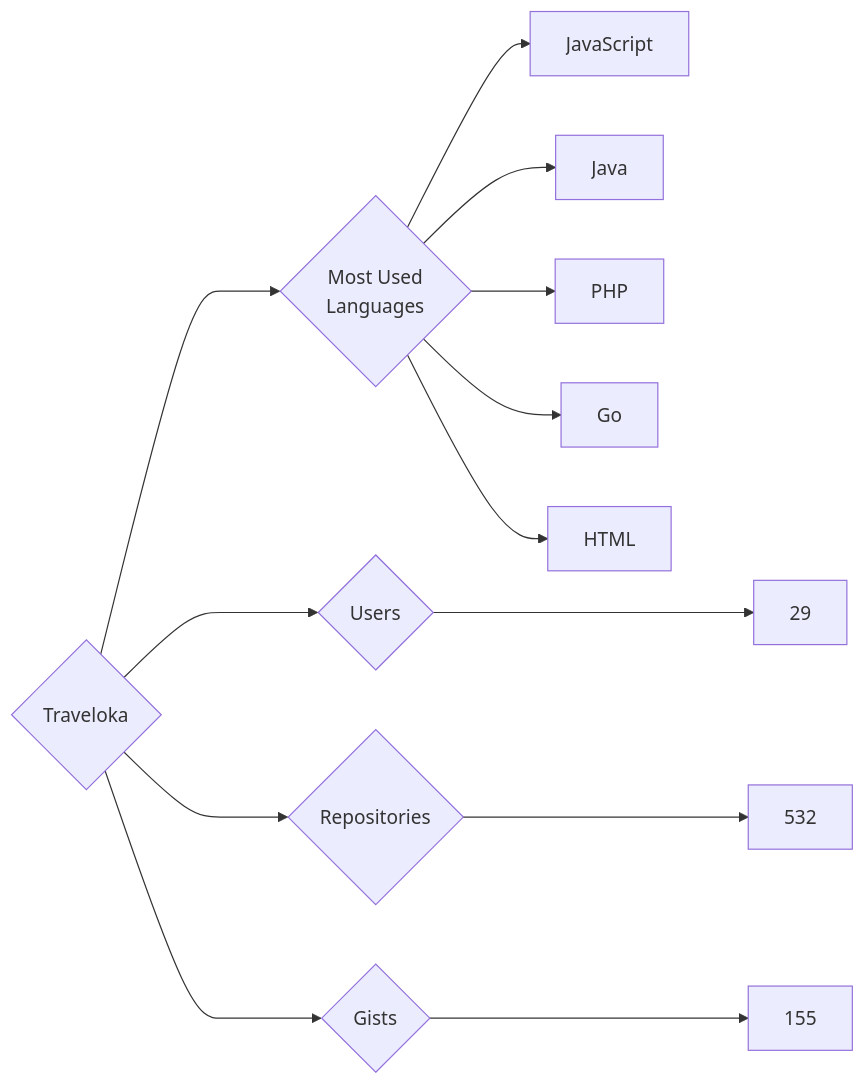
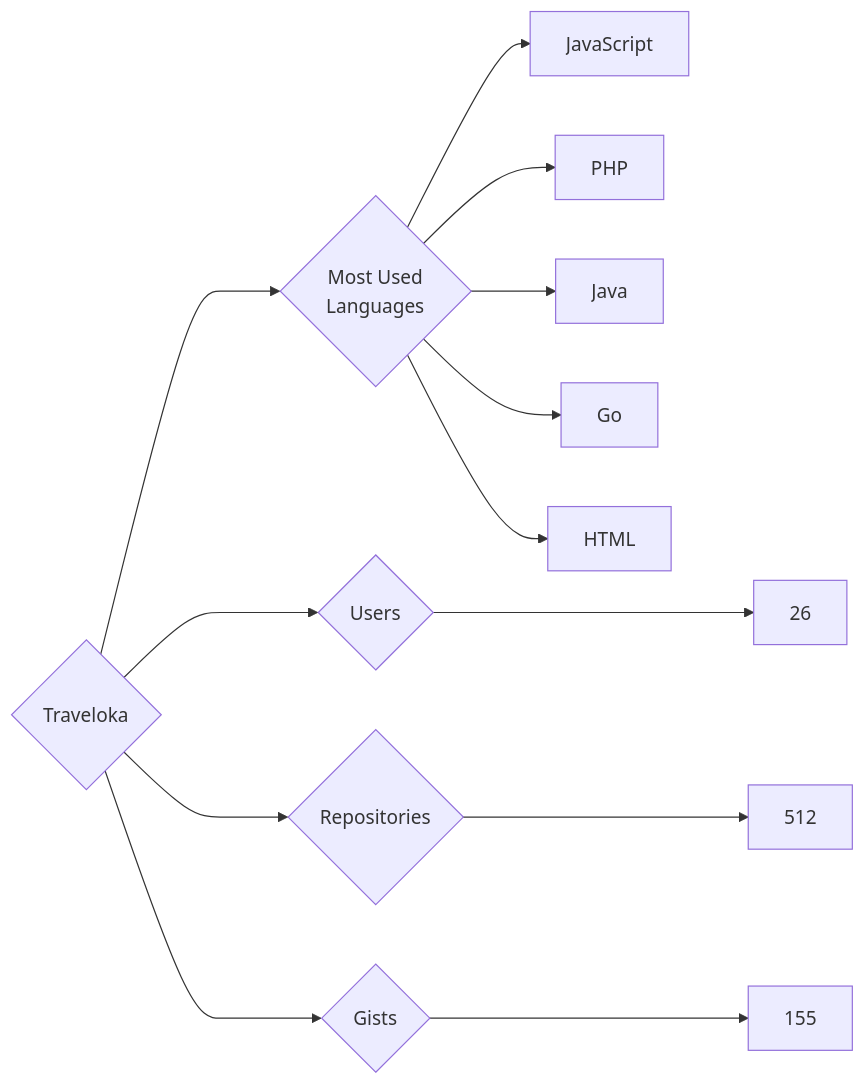
One commit to trickest/insiders changed the diagram in targets/Traveloka/README.md. Above: the diagram before and after it, drawn with Mermaid. The commit also changed 1248 other files, not shown here.

````diff
--- a/targets/Traveloka/README.md
+++ b/targets/Traveloka/README.md
@@ -3,13 +3,13 @@
 ```mermaid
 graph LR
 COMPANY_NAME{Traveloka}
-COMPANY_NAME ---> U{Users} ---> UN[29]
-COMPANY_NAME ---> R{Repositories} ---> RN[532]
+COMPANY_NAME ---> U{Users} ---> UN[26]
+COMPANY_NAME ---> R{Repositories} ---> RN[512]
 COMPANY_NAME ---> G{Gists} ---> GN[155]
 COMPANY_NAME ---> ML{Most Used<br>Languages}
 ML --> JavaScript[JavaScript]
+ML --> PHP[PHP]
 ML --> Java[Java]
-ML --> PHP[PHP]
 ML --> Go[Go]
 ML --> HTML[HTML]
 ```
````
